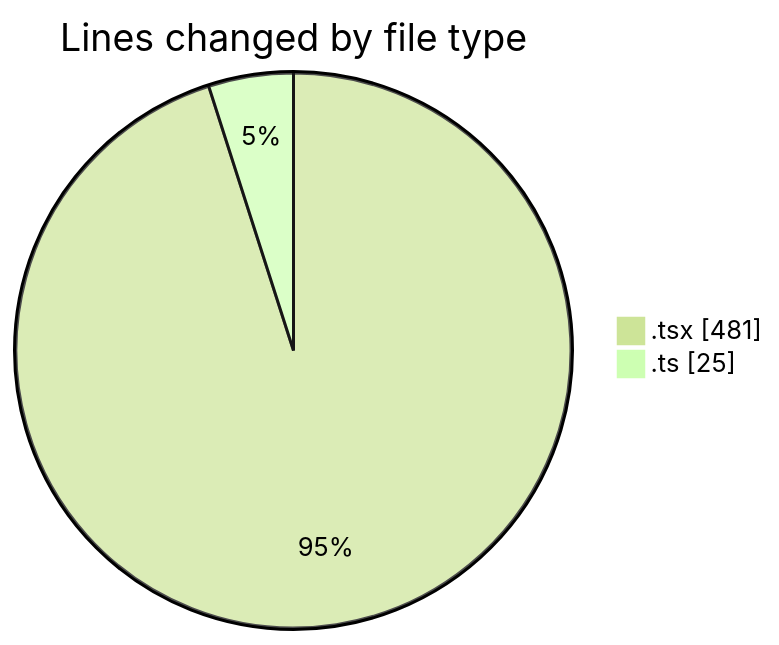
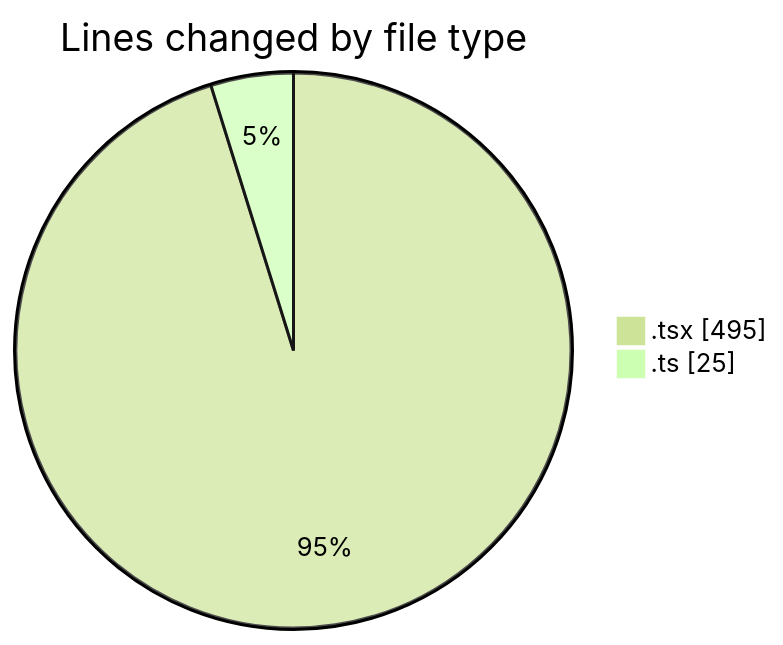
The first of 2 diagrams in 2025-03-19/peregrino-web/README.md (robertbonfada/code-tracking), drawn with Mermaid (forest theme) before and after one commit. The commit also changed other lines of this file and 1 other file, not shown here.

````diff
--- a/2025-03-19/peregrino-web/README.md
+++ b/2025-03-19/peregrino-web/README.md
@@ -29,6 +30,6 @@
 ```mermaid
 pie showData
 title Lines changed by file type
-".tsx" : 481
+".tsx" : 495
 ".ts" : 25
 ```
````
